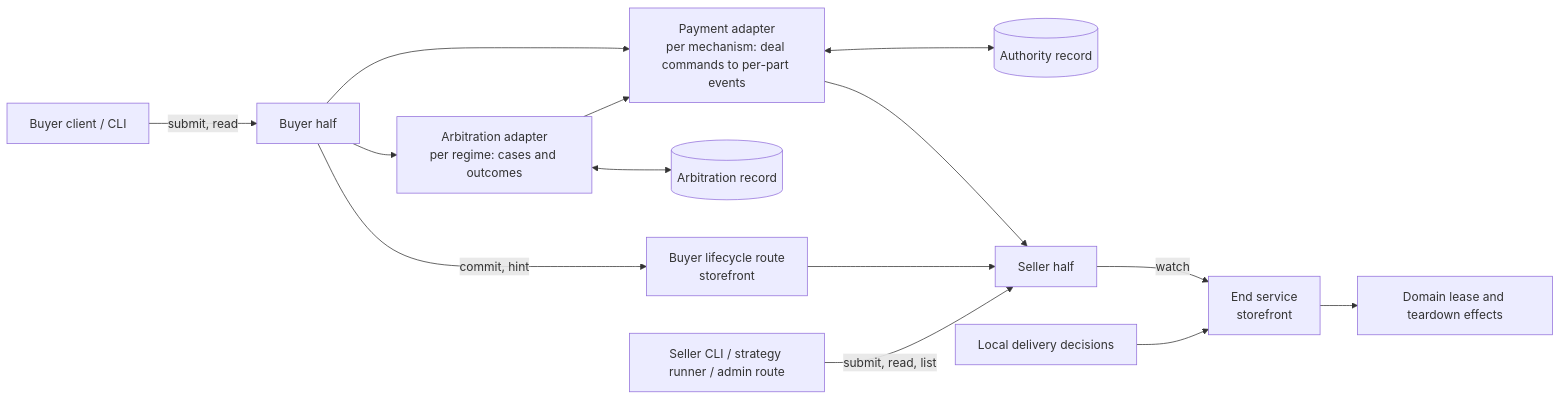
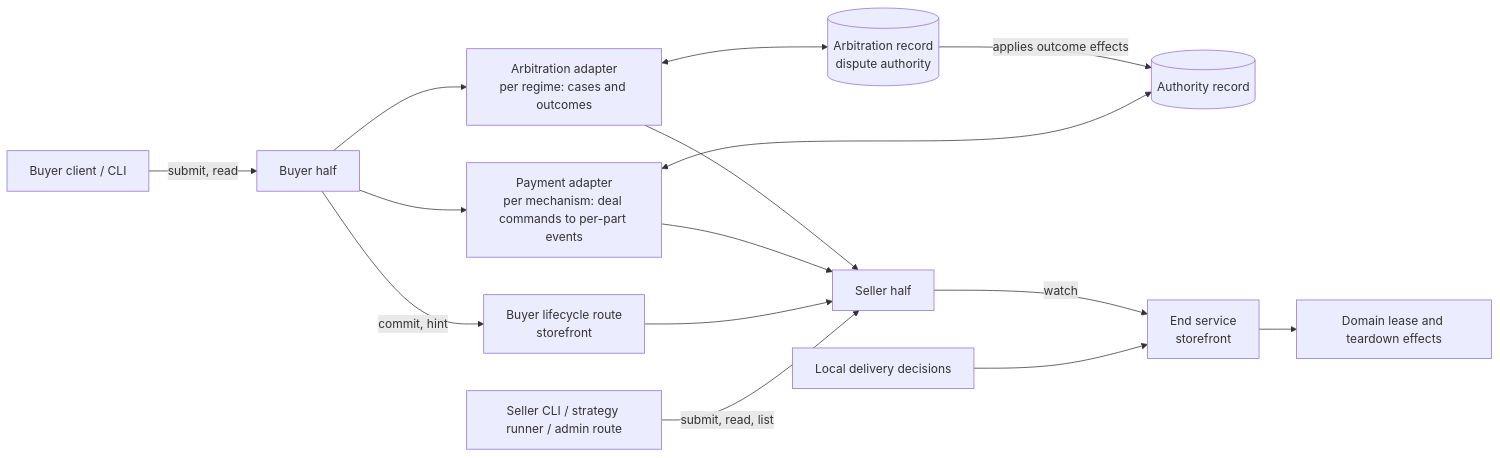
One commit to arkhai-io/simple-compute-market changed the first of 2 diagrams in openspec/changes/agreed-evidence-and-early-termination/design.md. Above: the diagram before and after it, drawn with Mermaid. The commit also changed other lines of this file and 11 other files, not shown here.

````diff
--- a/openspec/changes/agreed-evidence-and-early-termination/design.md
+++ b/openspec/changes/agreed-evidence-and-early-termination/design.md
@@ -141,16 +142,17 @@
 ```mermaid
 flowchart LR
     BC[Buyer client / CLI] -->|submit, read| BH[Buyer half]
     BH --> AD[Payment adapter<br/>per mechanism: deal commands to per-part events]
     BH --> AR[Arbitration adapter<br/>per regime: cases and outcomes]
-    AR <--> AC[(Arbitration record)]
-    AR --> AD
+    AR <--> AC[(Arbitration record<br/>dispute authority)]
+    AC -->|applies outcome effects| AU
+    AR --> SH
     BH -->|commit, hint| LR[Buyer lifecycle route<br/>storefront]
     AD <--> AU[(Authority record)]
     AD --> SH[Seller half]
     SH -->|watch| ES[End service<br/>storefront]
     LR --> SH
     SC[Seller CLI / strategy runner / admin route] -->|submit, read, list| SH
     LD[Local delivery decisions] --> ES
     ES --> DP[Domain lease and teardown effects]
 ```
````
